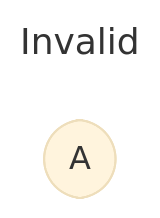
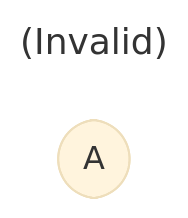
Before and after one commit to stepchowfun/proofs: the fifth of 17 diagrams in proofs/AdmissibilityGraph/README.md, drawn with Mermaid (base theme). The commit also changed other lines of this file, not shown here.

Commit message:
Wordsmith the admissibility graph README

````diff
--- a/proofs/AdmissibilityGraph/README.md
+++ b/proofs/AdmissibilityGraph/README.md
@@ -115,7 +112,7 @@
 ```mermaid
 ---
-title: Invalid
+title: (Invalid)
 ---
 flowchart TD
   a([A])
 ```
````
